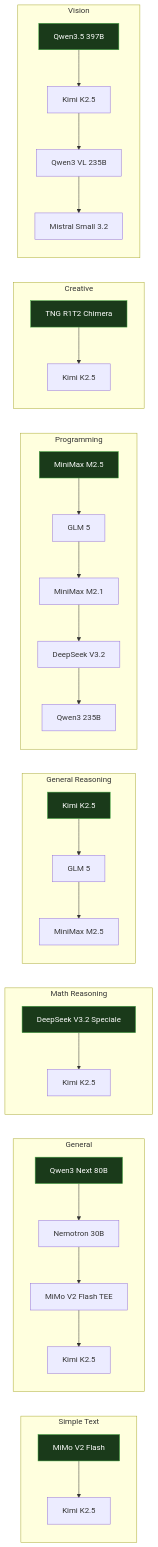
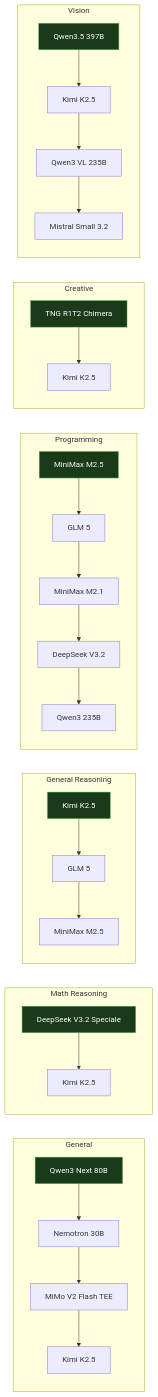
The second of 2 diagrams in README.md (chutesai/model-router), drawn with Mermaid before and after one commit. The commit also changed other lines of this file and 3 other files, not shown here.

````diff
--- a/README.md
+++ b/README.md
@@ -191,32 +187,28 @@
 ```mermaid
 flowchart LR
-    subgraph simple["Simple Text"]
-        S1["MiMo V2 Flash"] --> S2["Kimi K2.5"]
-    end
     subgraph general["General"]
         G1["Qwen3 Next 80B"] --> G2["Nemotron 30B"] --> G3["MiMo V2 Flash TEE"] --> G4["Kimi K2.5"]
     end
     subgraph math["Math Reasoning"]
         M1["DeepSeek V3.2 Speciale"] --> M2["Kimi K2.5"]
     end
     subgraph genreason["General Reasoning"]
         GR1["Kimi K2.5"] --> GR2["GLM 5"] --> GR3["MiniMax M2.5"]
     end
     subgraph prog["Programming"]
         P1["MiniMax M2.5"] --> P2["GLM 5"] --> P3["MiniMax M2.1"] --> P4["DeepSeek V3.2"] --> P5["Qwen3 235B"]
     end
     subgraph creative["Creative"]
         C1["TNG R1T2 Chimera"] --> C2["Kimi K2.5"]
     end
     subgraph vision["Vision"]
         V1["Qwen3.5 397B"] --> V2["Kimi K2.5"] --> V3["Qwen3 VL 235B"] --> V4["Mistral Small 3.2"]
     end
 
-    style S1 fill:#1a3a1a,stroke:#4a4,color:#fff
     style G1 fill:#1a3a1a,stroke:#4a4,color:#fff
     style M1 fill:#1a3a1a,stroke:#4a4,color:#fff
     style GR1 fill:#1a3a1a,stroke:#4a4,color:#fff
     style P1 fill:#1a3a1a,stroke:#4a4,color:#fff
     style C1 fill:#1a3a1a,stroke:#4a4,color:#fff
     style V1 fill:#1a3a1a,stroke:#4a4,color:#fff
 ```
````
